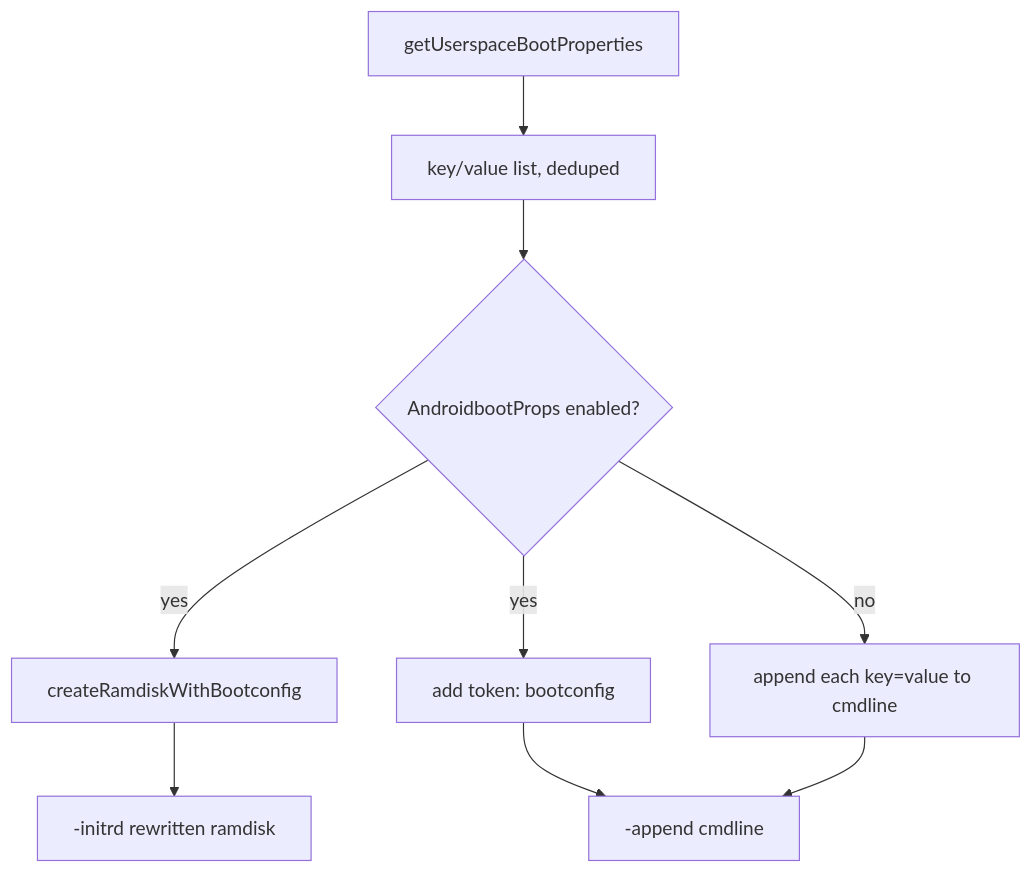
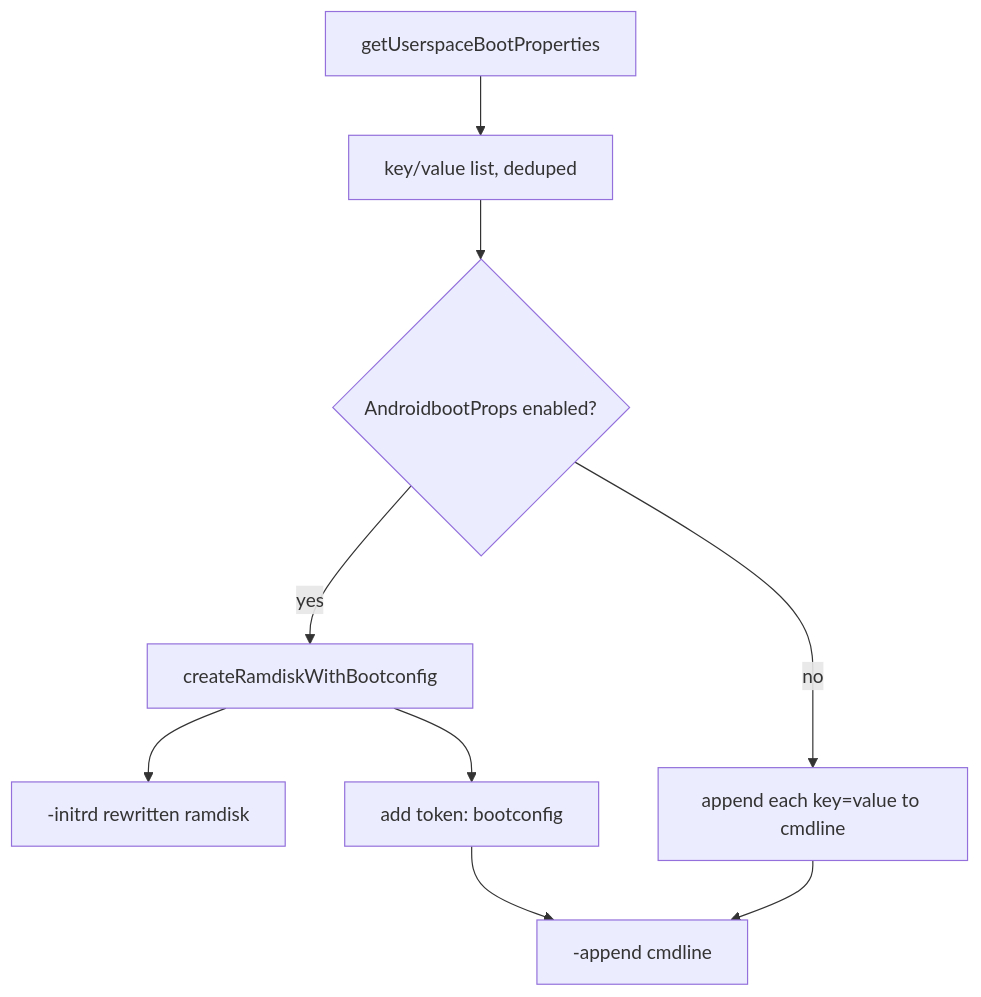
Before and after one commit to aospbooks/android-emulator-internal-book: the fourth of 8 diagrams in 25-guest-boot.md, drawn with Mermaid. The commit also changed other lines of this file and 31 other files, not shown here.

````diff
--- a/25-guest-boot.md
+++ b/25-guest-boot.md
@@ -285,16 +288,17 @@
 ```mermaid
 flowchart TD
     GUBP["getUserspaceBootProperties"]
     LIST["key/value list, deduped"]
     FLAG{"AndroidbootProps enabled?"}
     RAM["createRamdiskWithBootconfig"]
     TOKEN["add token: bootconfig"]
     INLINE["append each key=value to cmdline"]
     INITRD["-initrd rewritten ramdisk"]
     APPEND["-append cmdline"]
 
     GUBP --> LIST --> FLAG
-    FLAG -->|"yes"| RAM --> INITRD
-    FLAG -->|"yes"| TOKEN --> APPEND
+    FLAG -->|"yes"| RAM
+    RAM --> INITRD
+    RAM --> TOKEN --> APPEND
     FLAG -->|"no"| INLINE --> APPEND
 ```
````
